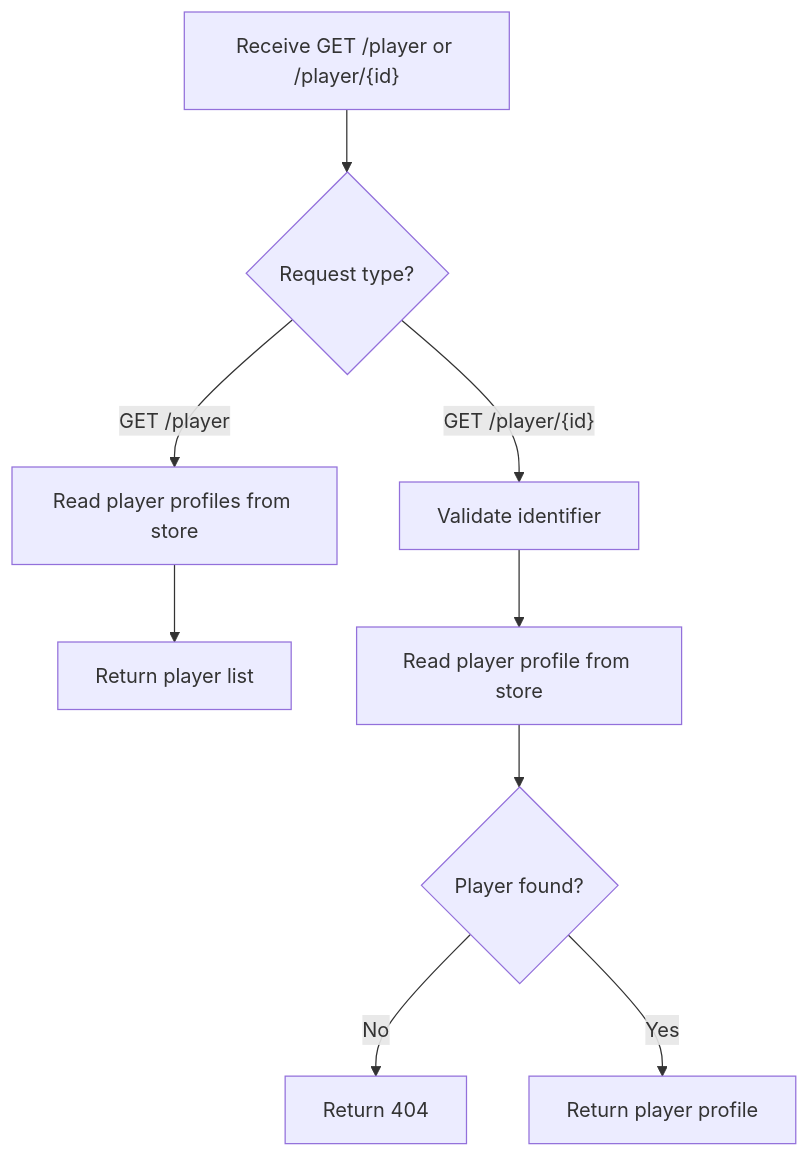
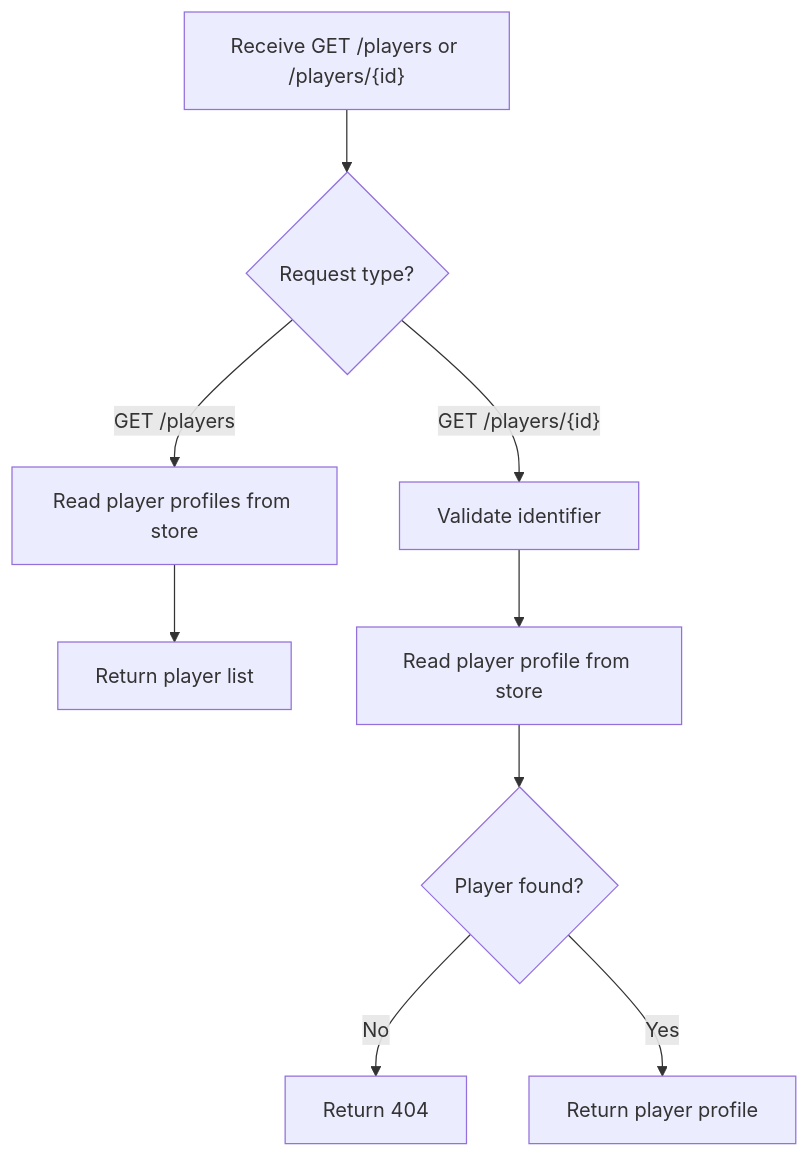
One commit to dpbL5/glicko2-matchmaking-system changed the third of 7 diagrams in docs/analysis-and-design.md. Above: the diagram before and after it, drawn with Mermaid. The commit also changed other lines of this file, not shown here.

````diff
--- a/docs/analysis-and-design.md
+++ b/docs/analysis-and-design.md
@@ -302,11 +302,11 @@
 ```mermaid
 flowchart TD
-    A["Receive GET /player or /player/{id}"] --> B{Request type?}
-    B -->|GET /player| C[Read player profiles from store]
+    A["Receive GET /players or /players/{id}"] --> B{Request type?}
+    B -->|GET /players| C[Read player profiles from store]
     C --> D[Return player list]
-    B -->|"GET /player/{id}"| E[Validate identifier]
+    B -->|"GET /players/{id}"| E[Validate identifier]
     E --> F[Read player profile from store]
     F --> G{Player found?}
     G -->|No| H[Return 404]
     G -->|Yes| I[Return player profile]
 ```
````
